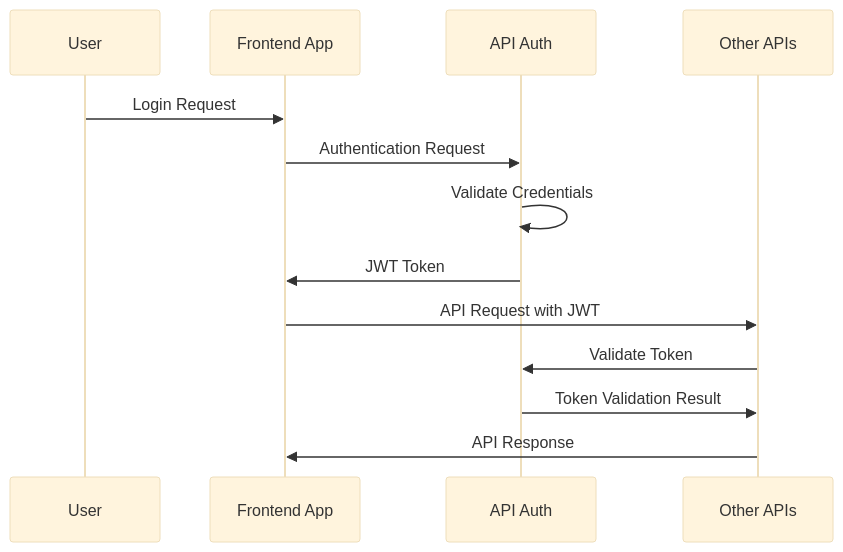
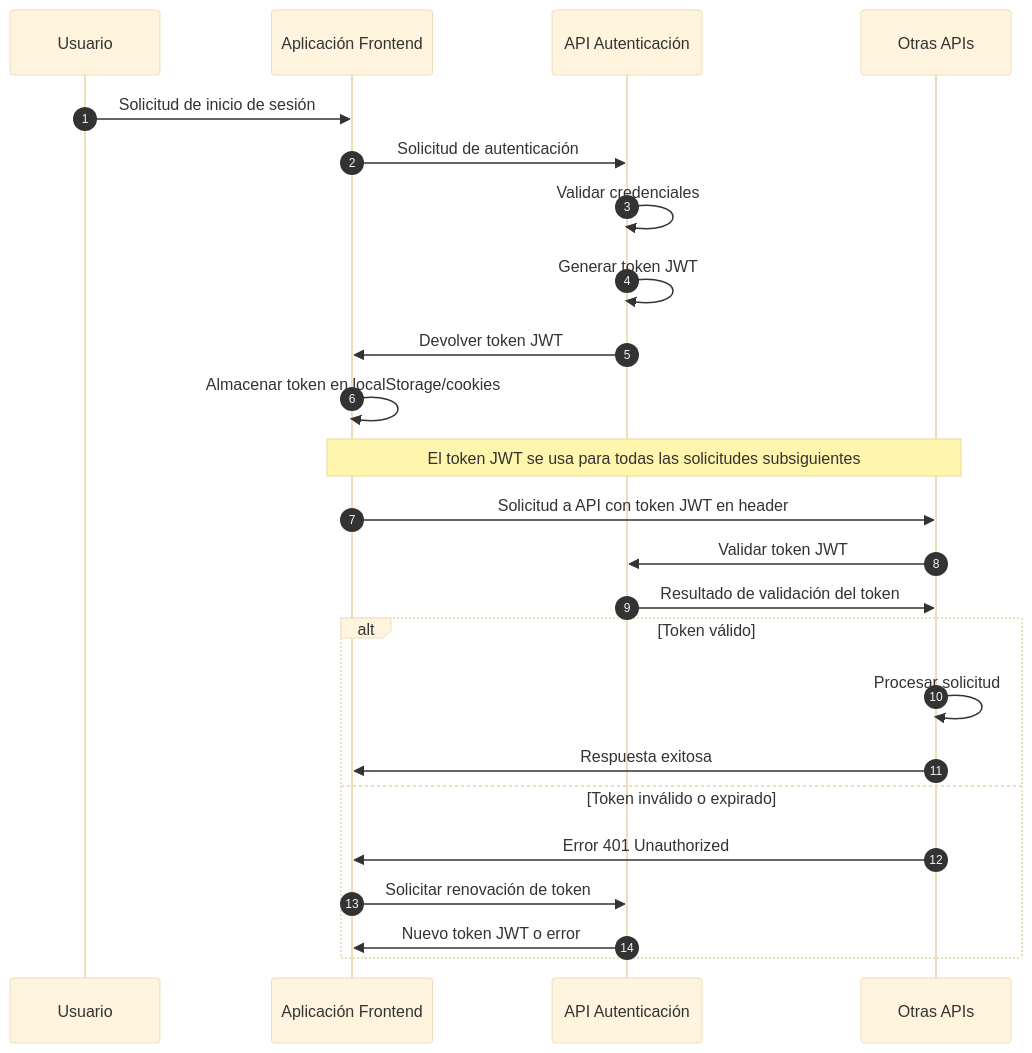
Before and after one commit to Pesgard/QR-Coats-docs: the first of 6 diagrams in docs/architecture/data-flow/index.md, drawn with Mermaid (base theme). The commit also changed other lines of this file and 7 other files, not shown here.

````diff
--- a/docs/architecture/data-flow/index.md
+++ b/docs/architecture/data-flow/index.md
@@ -11,15 +13,30 @@
 ```mermaid
 sequenceDiagram
-    participant User
-    participant Frontend as Frontend App
-    participant Auth as API Auth
-    participant API as Other APIs
-    User->>Frontend: Login Request
-    Frontend->>Auth: Authentication Request
-    Auth->>Auth: Validate Credentials
-    Auth->>Frontend: JWT Token
-    Frontend->>API: API Request with JWT
-    API->>Auth: Validate Token
-    Auth->>API: Token Validation Result
-    API->>Frontend: API Response
+    autonumber
+    participant Usuario
+    participant Frontend as Aplicación Frontend
+    participant Auth as API Autenticación
+    participant API as Otras APIs
+    
+    Usuario->>Frontend: Solicitud de inicio de sesión
+    Frontend->>Auth: Solicitud de autenticación
+    Auth->>Auth: Validar credenciales
+    Auth->>Auth: Generar token JWT
+    Auth->>Frontend: Devolver token JWT
+    Frontend->>Frontend: Almacenar token en localStorage/cookies
+    
+    Note over Frontend,API: El token JWT se usa para todas las solicitudes subsiguientes
+    
+    Frontend->>API: Solicitud a API con token JWT en header
+    API->>Auth: Validar token JWT
+    Auth->>API: Resultado de validación del token
+    
+    alt Token válido
+        API->>API: Procesar solicitud
+        API->>Frontend: Respuesta exitosa
+    else Token inválido o expirado
+        API->>Frontend: Error 401 Unauthorized
+        Frontend->>Auth: Solicitar renovación de token
+        Auth->>Frontend: Nuevo token JWT o error
+    end
 ```
````
